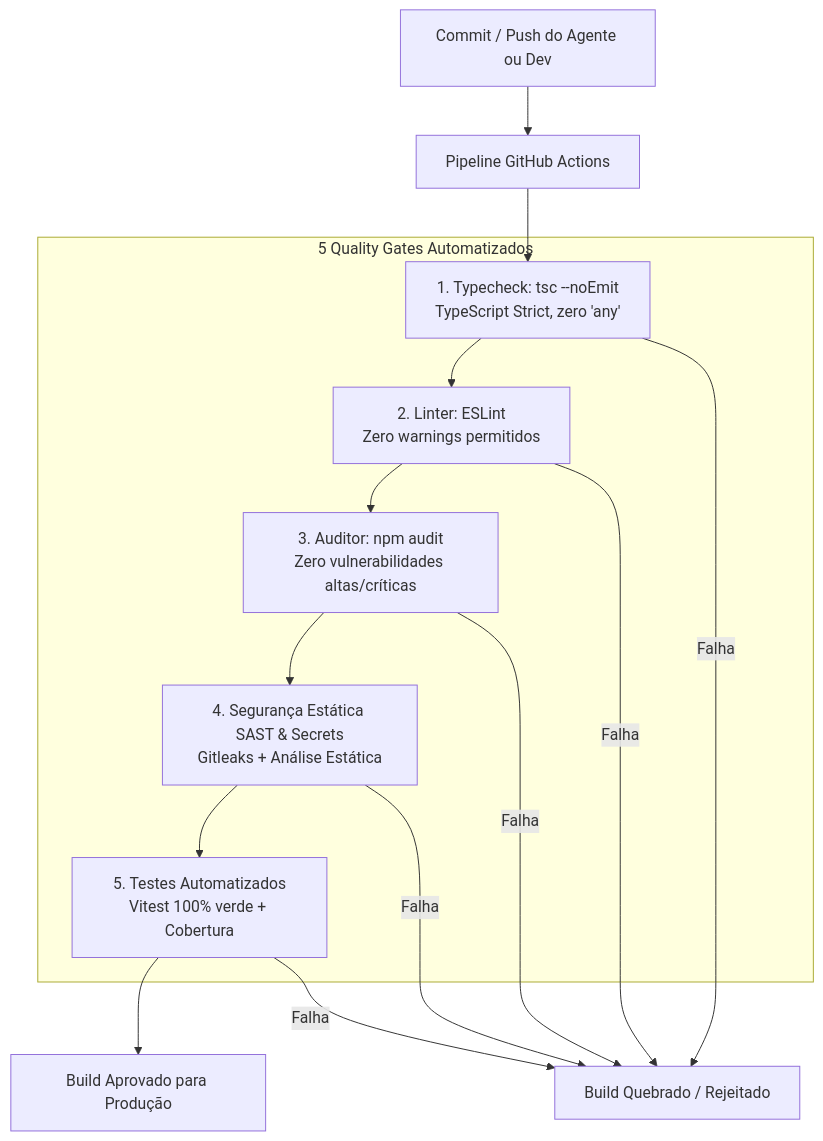
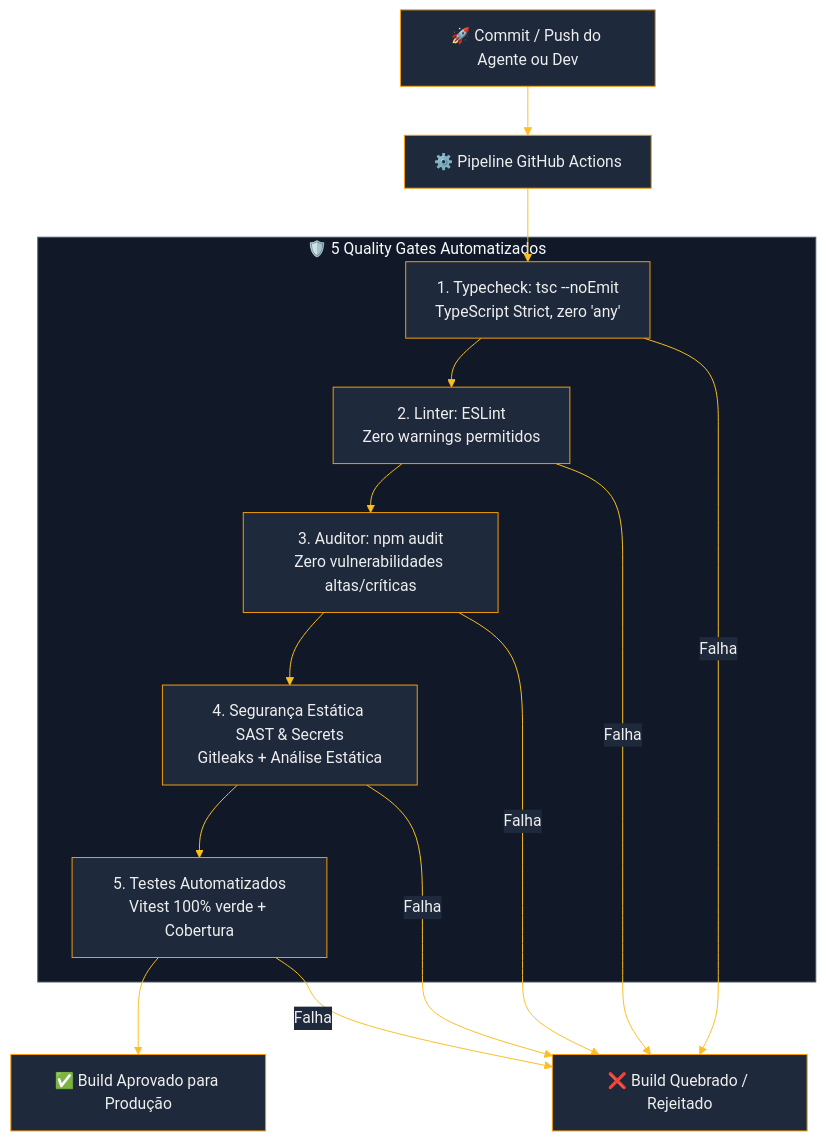
One commit to rb-belarmino/VitrineLocal changed the fourth of 4 diagrams in docs/architecture.md. Above: the diagram before and after it, drawn with Mermaid. The commit also changed other lines of this file and 30 other files, not shown here.

````diff
--- a/docs/architecture.md
+++ b/docs/architecture.md
@@ -159,20 +163,21 @@
 ```mermaid
+%%{init: {'theme':'base', 'themeVariables': { 'darkMode': true, 'background': '#0f172a', 'mainBkg': '#1e293b', 'nodeBorder': '#f59e0b', 'clusterBkg': '#111827', 'clusterBorder': '#475569', 'titleColor': '#f8fafc', 'edgeLabelBackground':'#1e293b', 'textColor': '#f1f5f9', 'lineColor': '#fbbf24'}}}%%
 flowchart TD
-    Push[Commit / Push do Agente ou Dev] --> CI[Pipeline GitHub Actions]
+    Push["🚀 Commit / Push do Agente ou Dev"] --> CI["⚙️ Pipeline GitHub Actions"]
 
-    subgraph Gates["5 Quality Gates Automatizados"]
-        G1[1. Typecheck: tsc --noEmit<br/>TypeScript Strict, zero 'any']
-        G2[2. Linter: ESLint<br/>Zero warnings permitidos]
-        G3[3. Auditor: npm audit<br/>Zero vulnerabilidades altas/críticas]
-        G4[4. Segurança Estática SAST & Secrets<br/>Gitleaks + Análise Estática]
-        G5[5. Testes Automatizados<br/>Vitest 100% verde + Cobertura]
+    subgraph Gates["🛡️ 5 Quality Gates Automatizados"]
+        G1["1. Typecheck: tsc --noEmit<br/>TypeScript Strict, zero 'any'"]
+        G2["2. Linter: ESLint<br/>Zero warnings permitidos"]
+        G3["3. Auditor: npm audit<br/>Zero vulnerabilidades altas/críticas"]
+        G4["4. Segurança Estática SAST & Secrets<br/>Gitleaks + Análise Estática"]
+        G5["5. Testes Automatizados<br/>Vitest 100% verde + Cobertura"]
     end
 
     CI --> G1 --> G2 --> G3 --> G4 --> G5
-    G5 --> Pass[Build Aprovado para Produção]
-    G1 -- Falha --> Block[Build Quebrado / Rejeitado]
+    G5 --> Pass["✅ Build Aprovado para Produção"]
+    G1 -- Falha --> Block["❌ Build Quebrado / Rejeitado"]
     G2 -- Falha --> Block
     G3 -- Falha --> Block
     G4 -- Falha --> Block
     G5 -- Falha --> Block
 ```
````
